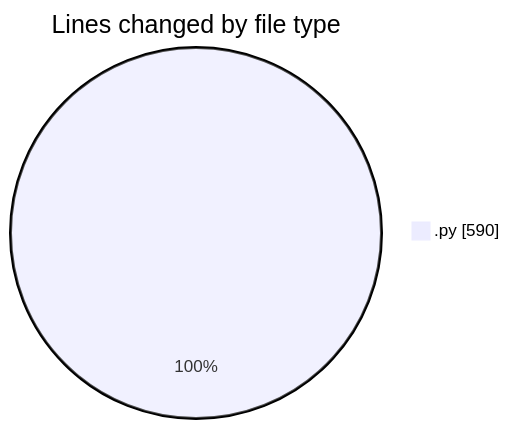
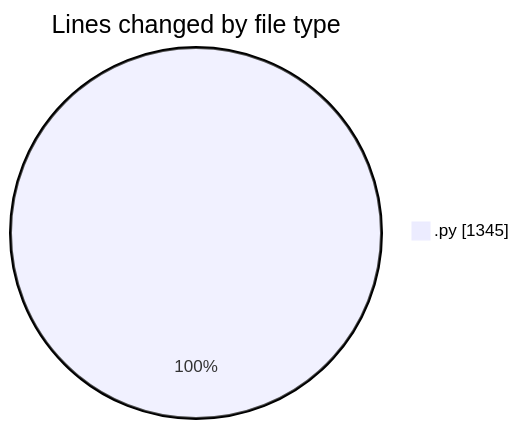
Before and after one commit to julien-gomy/code-tracking: the first of 2 diagrams in 2025-11-23/eventscop-api-guide__workspace_/README.md, drawn with Mermaid. The commit also changed other lines of this file and 1 other file, not shown here.

````diff
--- a/2025-11-23/eventscop-api-guide__workspace_/README.md
+++ b/2025-11-23/eventscop-api-guide__workspace_/README.md
@@ -28,5 +30,5 @@
 ```mermaid
 pie showData
 title Lines changed by file type
-".py" : 590
+".py" : 1345
 ```
````
